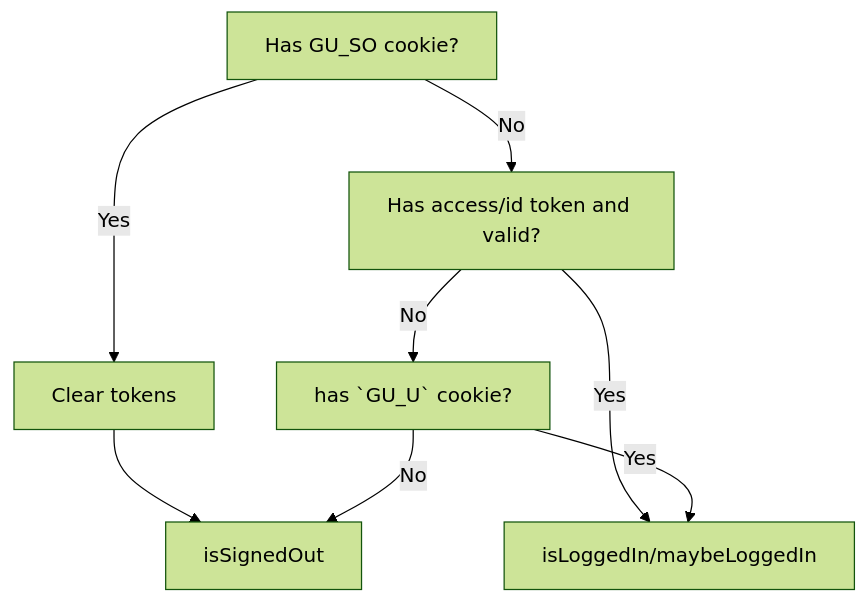
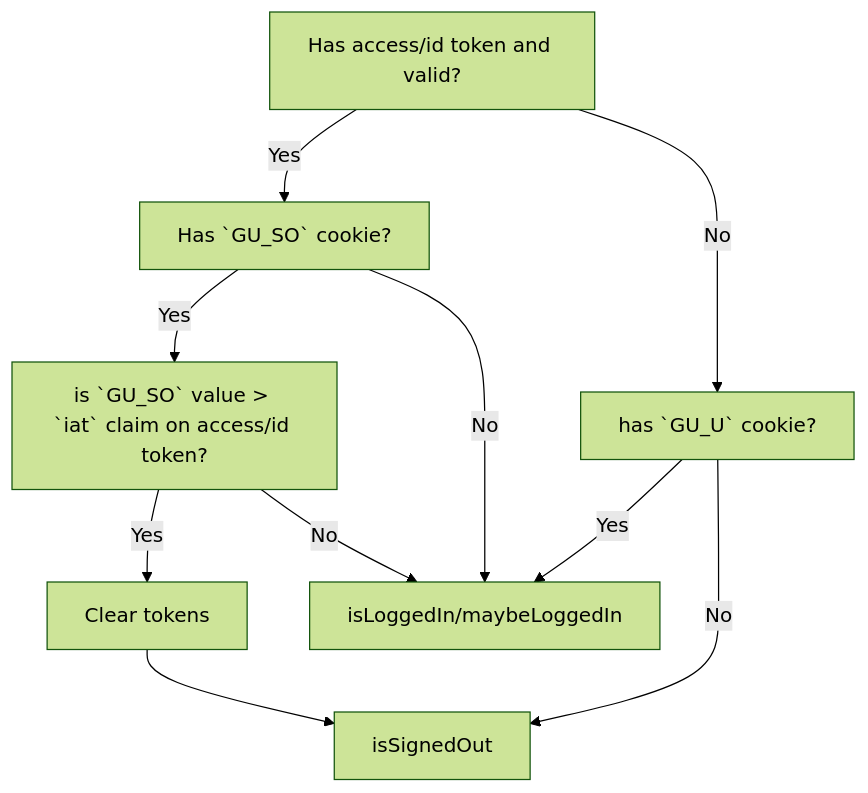
One commit to guardian/gateway changed the first of 3 diagrams in docs/okta/web-apps-integration-guide.md. Above: the diagram before and after it, drawn with Mermaid (forest theme). The commit also changed other lines of this file, not shown here.

````diff
--- a/docs/okta/web-apps-integration-guide.md
+++ b/docs/okta/web-apps-integration-guide.md
@@ -159,11 +159,13 @@
 ```mermaid
 flowchart TD
 
-A[Has GU_SO cookie?]
-A -- Yes --> E[Clear tokens] --> SO[isSignedOut]
-A -- No --> B[Has access/id token and valid?]
-B -- Yes --> SI[isLoggedIn/maybeLoggedIn]
-B -- No --> C[has `GU_U` cookie?]
+A[Has access/id token and valid?]
+A -- Yes --> B[Has `GU_SO` cookie?]
+A -- No --> C[has `GU_U` cookie?]
+B -- Yes --> D[is `GU_SO` value > `iat` claim on access/id token?]
+B -- No --> SI[isLoggedIn/maybeLoggedIn]
 C -- Yes --> SI
 C -- No --> SO[isSignedOut]
+D -- Yes --> E[Clear tokens] --> SO
+D -- No --> SI
 ```
````
